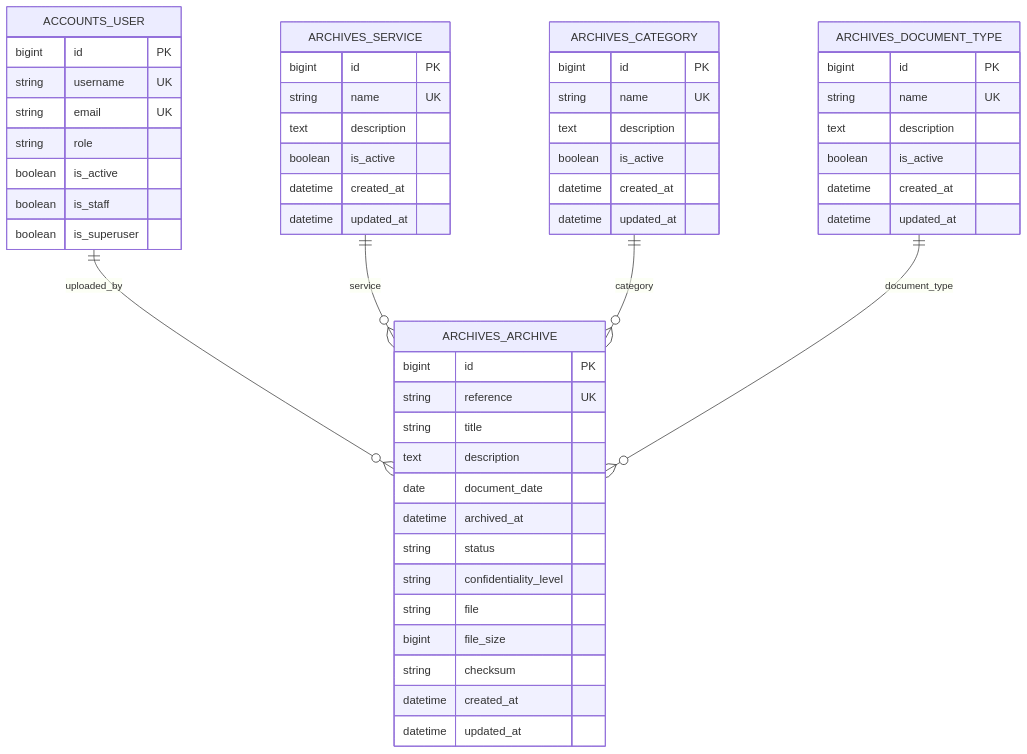
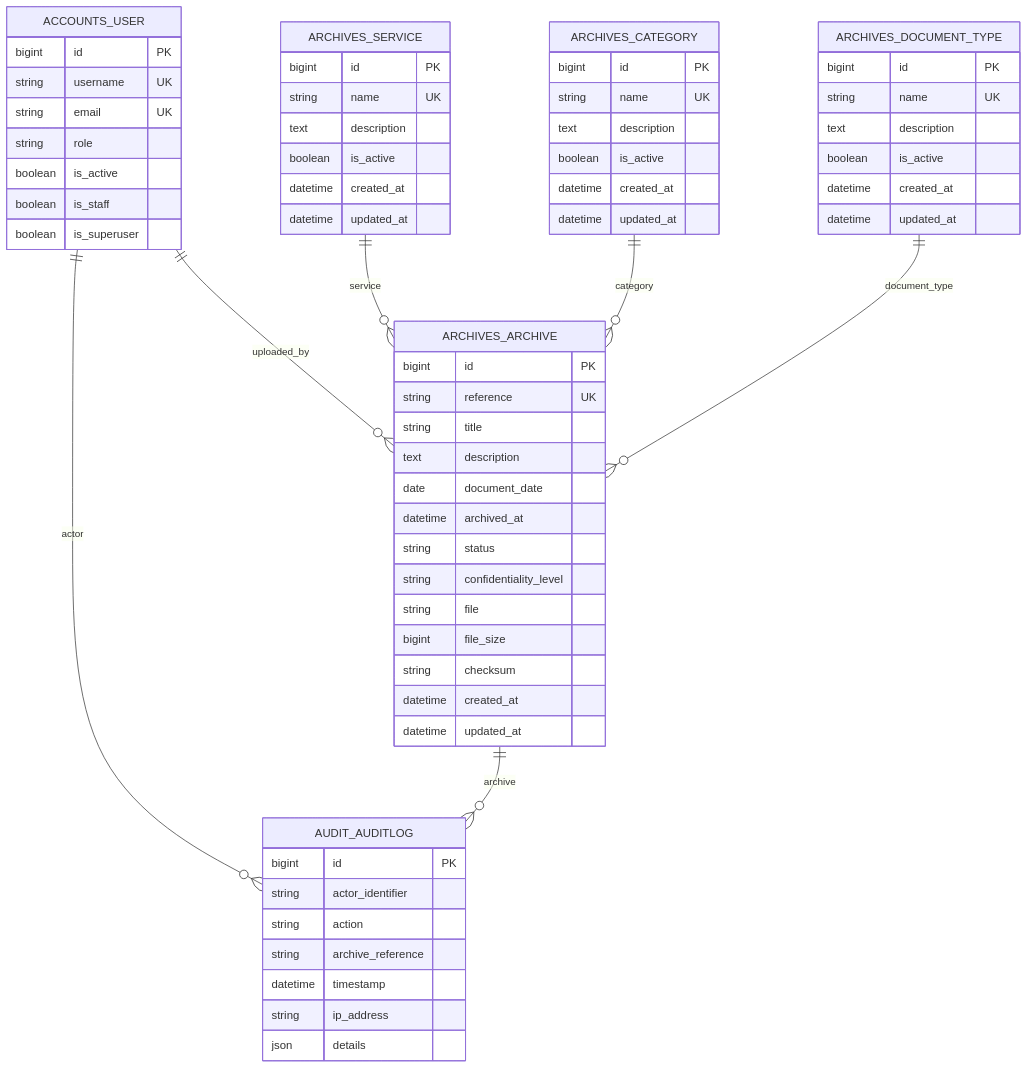
Before and after one commit to eulogep/c-tech-archives: the diagram in docs/database.md, drawn with Mermaid. The commit also changed other lines of this file and 22 other files, not shown here.

Commit message:
feat(audit): add append-only archive activity log

````diff
--- a/docs/database.md
+++ b/docs/database.md
@@ -23,56 +24,67 @@
 ```mermaid
 erDiagram
     ACCOUNTS_USER ||--o{ ARCHIVES_ARCHIVE : "uploaded_by"
     ARCHIVES_SERVICE ||--o{ ARCHIVES_ARCHIVE : "service"
     ARCHIVES_CATEGORY ||--o{ ARCHIVES_ARCHIVE : "category"
     ARCHIVES_DOCUMENT_TYPE ||--o{ ARCHIVES_ARCHIVE : "document_type"
+    ACCOUNTS_USER ||--o{ AUDIT_AUDITLOG : "actor"
+    ARCHIVES_ARCHIVE ||--o{ AUDIT_AUDITLOG : "archive"
 
     ACCOUNTS_USER {
         bigint id PK
         string username UK
         string email UK
         string role
         boolean is_active
         boolean is_staff
         boolean is_superuser
     }
     ARCHIVES_SERVICE {
         bigint id PK
         string name UK
         text description
         boolean is_active
         datetime created_at
         datetime updated_at
     }
     ARCHIVES_CATEGORY {
         bigint id PK
         string name UK
         text description
         boolean is_active
         datetime created_at
         datetime updated_at
     }
     ARCHIVES_DOCUMENT_TYPE {
         bigint id PK
         string name UK
         text description
         boolean is_active
         datetime created_at
         datetime updated_at
     }
+    AUDIT_AUDITLOG {
+        bigint id PK
+        string actor_identifier
+        string action
+        string archive_reference
+        datetime timestamp
+        string ip_address
+        json details
+    }
     ARCHIVES_ARCHIVE {
         bigint id PK
         string reference UK
         string title
         text description
         date document_date
         datetime archived_at
         string status
         string confidentiality_level
         string file
         bigint file_size
         string checksum
         datetime created_at
         datetime updated_at
     }
 ```
````
